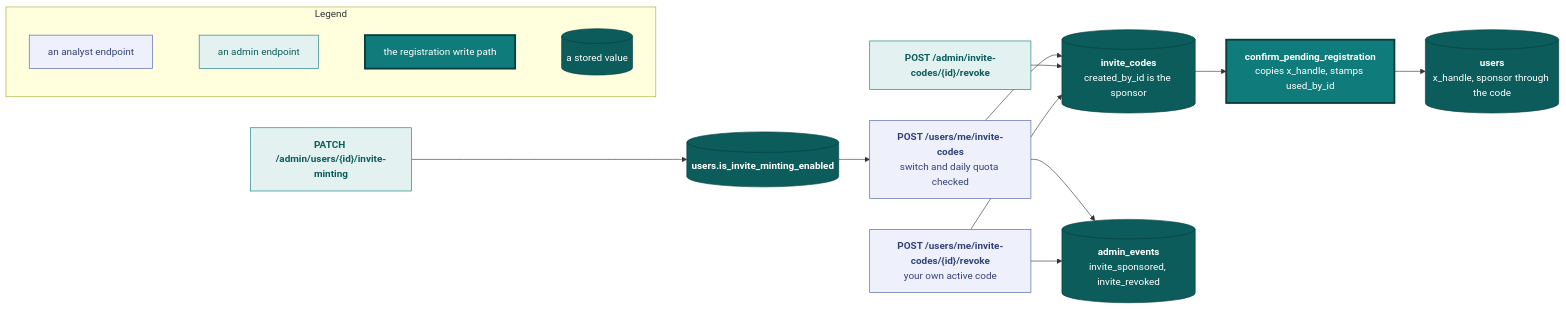
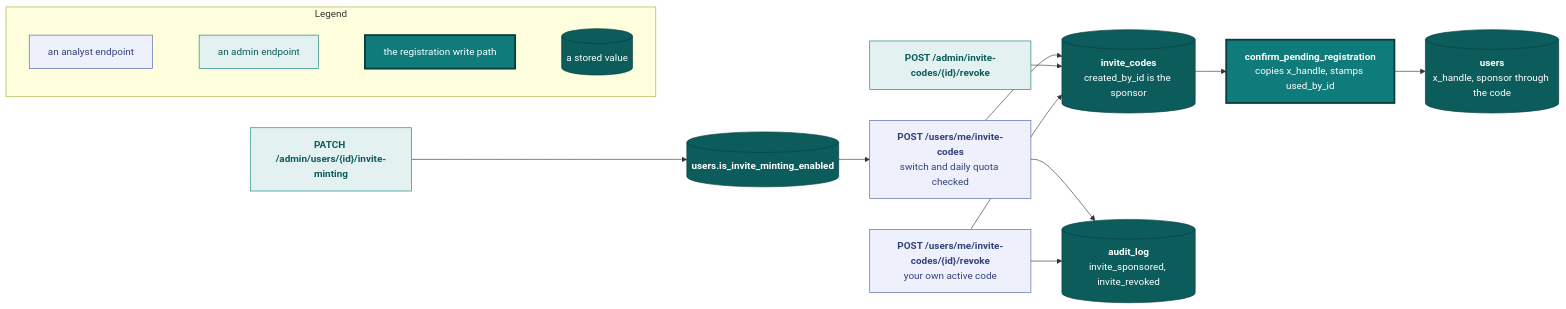
Before and after one commit to vidithq/vidit: the sixth of 8 diagrams in docs/api.md, drawn with Mermaid. The commit also changed other lines of this file and 4 other files, not shown here.

Commit message:
docs: describe the audit log, the geolocator and member states and event_detections

````diff
--- a/docs/api.md
+++ b/docs/api.md
@@ -2324,42 +2322,42 @@
 ```mermaid
 flowchart LR
   classDef spec fill:#eef1fb,stroke:#4a5fa5,color:#33417a
   classDef shared fill:#e3f2f1,stroke:#0f7b7a,color:#0b5c5b
   classDef core fill:#0f7b7a,stroke:#083f3e,stroke-width:3px,color:#ffffff
   classDef store fill:#0b5c5b,stroke:#083f3e,color:#ffffff
 
   subgraph legend [Legend]
     direction LR
     l1["`an analyst endpoint`"]:::spec
     l2["`an admin endpoint`"]:::shared
     l3["`the registration write path`"]:::core
     l4[("`a stored value`")]:::store
     l1 ~~~ l2 ~~~ l3 ~~~ l4
   end
 
   mint["`**POST /users/me/invite-codes**
   switch and daily quota checked`"]:::spec
   switch["`**PATCH /admin/users/{id}/invite-minting**`"]:::shared
   revoke["`**POST /admin/invite-codes/{id}/revoke**`"]:::shared
   selfrevoke["`**POST /users/me/invite-codes/{id}/revoke**
   your own active code`"]:::spec
   flag[("`**users.is_invite_minting_enabled**`")]:::store
   code[("`**invite_codes**
   created_by_id is the sponsor`")]:::store
-  audit[("`**admin_events**
+  audit[("`**audit_log**
   invite_sponsored, invite_revoked`")]:::store
   confirm["`**confirm_pending_registration**
   copies x_handle, stamps used_by_id`"]:::core
   account[("`**users**
   x_handle, sponsor through the code`")]:::store
 
   switch --> flag
   flag --> mint
   mint --> code
   mint --> audit
   revoke --> code
   selfrevoke --> code
   selfrevoke --> audit
   code --> confirm
   confirm --> account
 ```
````
